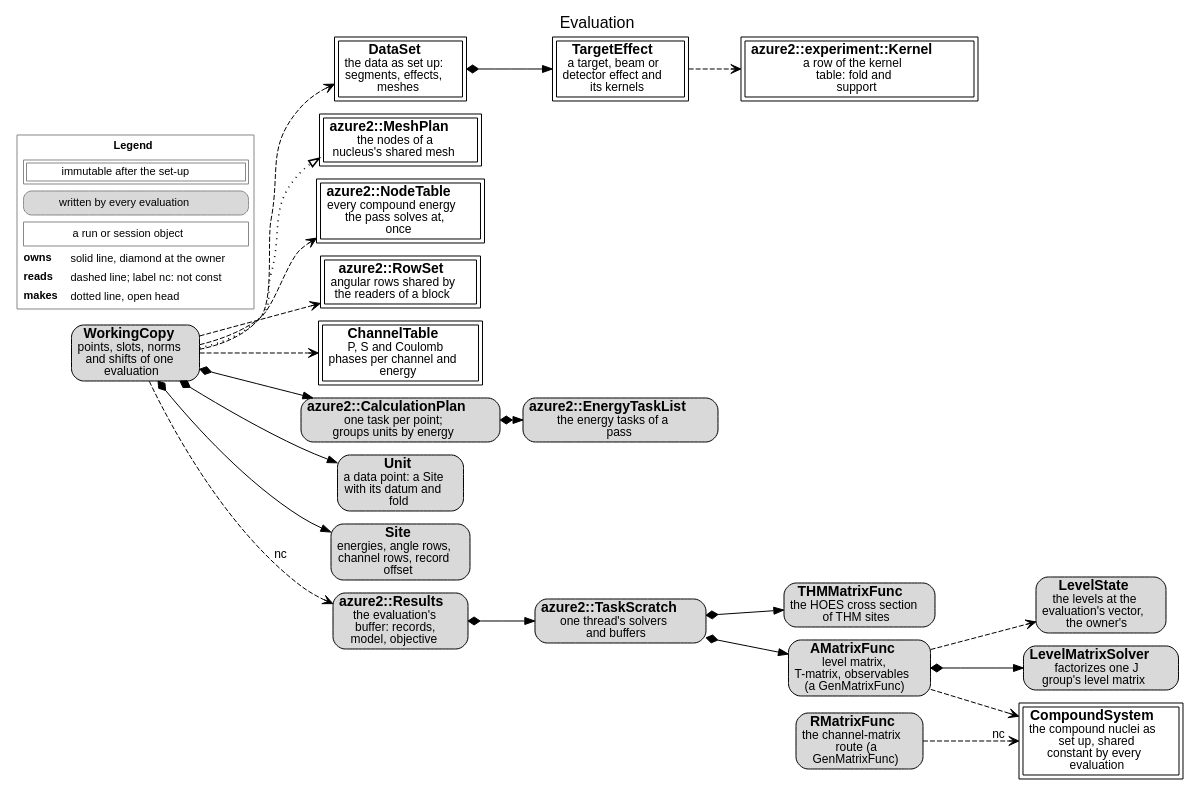
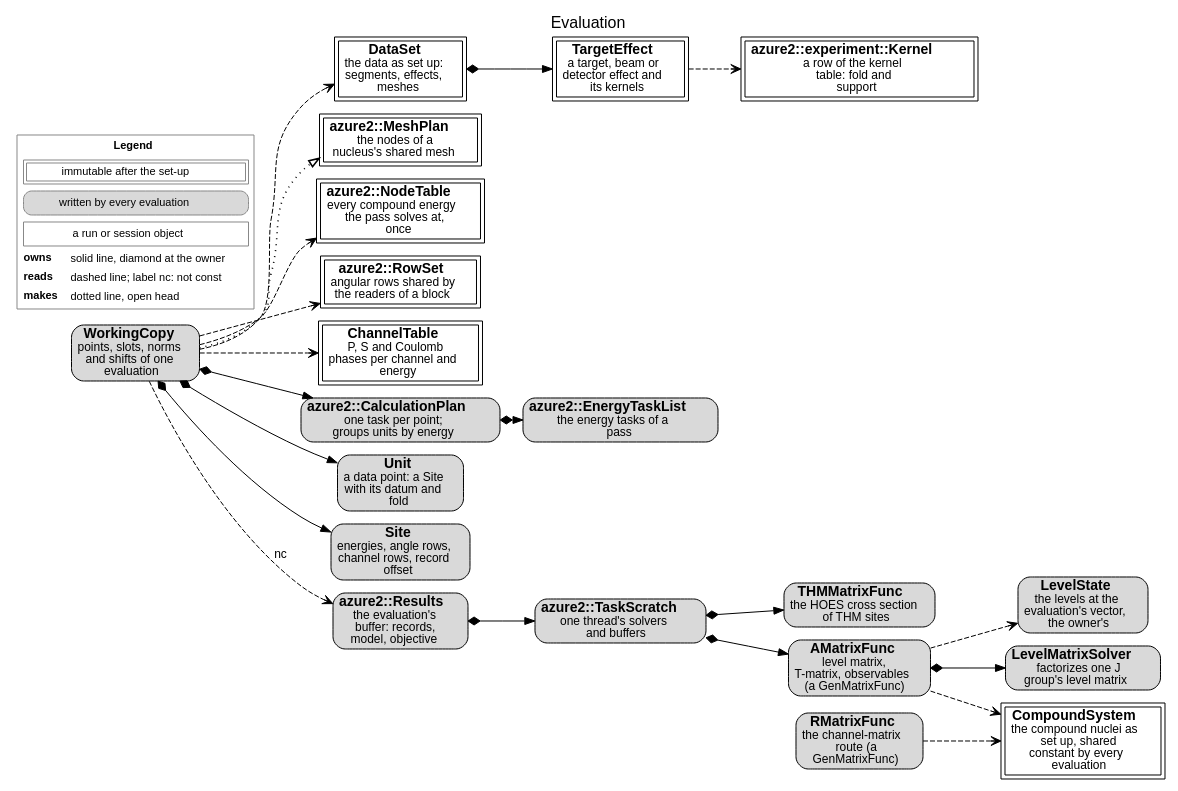
The diagram in docs/source/developer/figures/evaluation.dot (AZURE2DEV/AZURE2), drawn with Graphviz before and after one commit. The commit also changed 62 other files, not shown here.

```diff
--- a/docs/source/developer/figures/evaluation.dot
+++ b/docs/source/developer/figures/evaluation.dot
@@ -1,45 +1,45 @@
 digraph evaluation {
   graph [rankdir=LR, fontname="Helvetica", fontsize=16, labelloc=t, label="Evaluation", nodesep=0.18, ranksep=0.3, newrank=true];
   node [fontname="Helvetica", fontsize=14, margin="0.08,0.04"];
   edge [fontname="Helvetica", fontsize=12];
   n_WorkingCopy [label=<<b>WorkingCopy</b><br/><font point-size="12">points, slots, norms<br/>and shifts of one<br/>evaluation</font>>, shape=box, style="rounded,filled", fillcolor="#d9d9d9"];
   n_DataSet [label=<<b>DataSet</b><br/><font point-size="12">the data as set up:<br/>segments, effects,<br/>meshes</font>>, shape=box, peripheries=2, style="filled", fillcolor="white"];
   n_TargetEffect [label=<<b>TargetEffect</b><br/><font point-size="12">a target, beam or<br/>detector effect and<br/>its kernels</font>>, shape=box, peripheries=2, style="filled", fillcolor="white"];
   n_azure2__experiment__Kernel [label=<<b>azure2::experiment::Kernel</b><br/><font point-size="12">a row of the kernel<br/>table: fold and<br/>support</font>>, shape=box, peripheries=2, style="filled", fillcolor="white"];
   n_azure2__MeshPlan [label=<<b>azure2::MeshPlan</b><br/><font point-size="12">the nodes of a<br/>nucleus&#x27;s shared mesh</font>>, shape=box, peripheries=2, style="filled", fillcolor="white"];
   n_azure2__NodeTable [label=<<b>azure2::NodeTable</b><br/><font point-size="12">every compound energy<br/>the pass solves at,<br/>once</font>>, shape=box, peripheries=2, style="filled", fillcolor="white"];
   n_azure2__RowSet [label=<<b>azure2::RowSet</b><br/><font point-size="12">angular rows shared by<br/>the readers of a block</font>>, shape=box, peripheries=2, style="filled", fillcolor="white"];
   n_ChannelTable [label=<<b>ChannelTable</b><br/><font point-size="12">P, S and Coulomb<br/>phases per channel and<br/>energy</font>>, shape=box, peripheries=2, style="filled", fillcolor="white"];
   n_azure2__CalculationPlan [label=<<b>azure2::CalculationPlan</b><br/><font point-size="12">one task per point;<br/>groups units by energy</font>>, shape=box, style="rounded,filled", fillcolor="#d9d9d9"];
   n_azure2__EnergyTaskList [label=<<b>azure2::EnergyTaskList</b><br/><font point-size="12">the energy tasks of a<br/>pass</font>>, shape=box, style="rounded,filled", fillcolor="#d9d9d9"];
   n_Unit [label=<<b>Unit</b><br/><font point-size="12">a data point: a Site<br/>with its datum and<br/>fold</font>>, shape=box, style="rounded,filled", fillcolor="#d9d9d9"];
   n_Site [label=<<b>Site</b><br/><font point-size="12">energies, angle rows,<br/>channel rows, record<br/>offset</font>>, shape=box, style="rounded,filled", fillcolor="#d9d9d9"];
   n_azure2__Results [label=<<b>azure2::Results</b><br/><font point-size="12">the evaluation&#x27;s<br/>buffer: records,<br/>model, objective</font>>, shape=box, style="rounded,filled", fillcolor="#d9d9d9"];
   n_azure2__TaskScratch [label=<<b>azure2::TaskScratch</b><br/><font point-size="12">one thread&#x27;s solvers<br/>and buffers</font>>, shape=box, style="rounded,filled", fillcolor="#d9d9d9"];
   n_AMatrixFunc [label=<<b>AMatrixFunc</b><br/><font point-size="12">level matrix,<br/>T-matrix, observables<br/>(a GenMatrixFunc)</font>>, shape=box, style="rounded,filled", fillcolor="#d9d9d9"];
   n_THMMatrixFunc [label=<<b>THMMatrixFunc</b><br/><font point-size="12">the HOES cross section<br/>of THM sites</font>>, shape=box, style="rounded,filled", fillcolor="#d9d9d9"];
   n_RMatrixFunc [label=<<b>RMatrixFunc</b><br/><font point-size="12">the channel-matrix<br/>route (a<br/>GenMatrixFunc)</font>>, shape=box, style="rounded,filled", fillcolor="#d9d9d9"];
   n_LevelMatrixSolver [label=<<b>LevelMatrixSolver</b><br/><font point-size="12">factorizes one J<br/>group&#x27;s level matrix</font>>, shape=box, style="rounded,filled", fillcolor="#d9d9d9"];
   n_CompoundSystem [label=<<b>CompoundSystem</b><br/><font point-size="12">the compound nuclei as<br/>set up, shared<br/>constant by every<br/>evaluation</font>>, shape=box, peripheries=2, style="filled", fillcolor="white"];
   n_LevelState [label=<<b>LevelState</b><br/><font point-size="12">the levels at the<br/>evaluation&#x27;s vector,<br/>the owner&#x27;s</font>>, shape=box, style="rounded,filled", fillcolor="#d9d9d9"];
   n_WorkingCopy -> n_DataSet [style=dashed, arrowhead=vee];
   n_DataSet -> n_TargetEffect [style=solid, dir=both, arrowtail=diamond, arrowhead=normal];
   n_TargetEffect -> n_azure2__experiment__Kernel [style=dashed, arrowhead=vee];
   n_WorkingCopy -> n_azure2__MeshPlan [style=dotted, penwidth=1.6, arrowhead=empty];
   n_WorkingCopy -> n_azure2__NodeTable [style=dashed, arrowhead=vee];
   n_WorkingCopy -> n_azure2__RowSet [style=dashed, arrowhead=vee];
   n_WorkingCopy -> n_ChannelTable [style=dashed, arrowhead=vee];
   n_WorkingCopy -> n_azure2__CalculationPlan [style=solid, dir=both, arrowtail=diamond, arrowhead=normal];
   n_azure2__CalculationPlan -> n_azure2__EnergyTaskList [style=solid, dir=both, arrowtail=diamond, arrowhead=normal];
   n_WorkingCopy -> n_Unit [style=solid, dir=both, arrowtail=diamond, arrowhead=normal];
   n_WorkingCopy -> n_Site [style=solid, dir=both, arrowtail=diamond, arrowhead=normal];
   n_azure2__Results -> n_azure2__TaskScratch [style=solid, dir=both, arrowtail=diamond, arrowhead=normal];
   n_azure2__TaskScratch -> n_AMatrixFunc [style=solid, dir=both, arrowtail=diamond, arrowhead=normal];
   n_azure2__TaskScratch -> n_THMMatrixFunc [style=solid, dir=both, arrowtail=diamond, arrowhead=normal];
   n_AMatrixFunc -> n_LevelMatrixSolver [style=solid, dir=both, arrowtail=diamond, arrowhead=normal];
   n_AMatrixFunc -> n_CompoundSystem [style=dashed, arrowhead=vee];
   n_AMatrixFunc -> n_LevelState [style=dashed, arrowhead=vee];
-  n_RMatrixFunc -> n_CompoundSystem [style=dashed, arrowhead=vee, label=" nc"];
+  n_RMatrixFunc -> n_CompoundSystem [style=dashed, arrowhead=vee];
   n_WorkingCopy -> n_azure2__Results [style=dashed, arrowhead=vee, label=" nc"];
   legend [shape=plaintext, fontsize=11, label=<<TABLE BORDER="1" CELLBORDER="0" CELLSPACING="3" COLOR="#888888"><TR><TD COLSPAN="2"><B>Legend</B></TD></TR><TR><TD COLSPAN="2"><TABLE BORDER="1" CELLBORDER="1" CELLSPACING="2" CELLPADDING="2"><TR><TD>immutable after the set-up</TD></TR></TABLE></TD></TR><TR><TD COLSPAN="2"><TABLE BORDER="1" CELLBORDER="0" CELLPADDING="3" STYLE="rounded" BGCOLOR="#d9d9d9"><TR><TD>written by every evaluation</TD></TR></TABLE></TD></TR><TR><TD COLSPAN="2"><TABLE BORDER="1" CELLBORDER="0" CELLPADDING="3" ><TR><TD>a run or session object</TD></TR></TABLE></TD></TR><TR><TD ALIGN="LEFT"><B>owns</B></TD><TD ALIGN="LEFT">solid line, diamond at the owner</TD></TR><TR><TD ALIGN="LEFT"><B>reads</B></TD><TD ALIGN="LEFT">dashed line; label nc: not const</TD></TR><TR><TD ALIGN="LEFT"><B>makes</B></TD><TD ALIGN="LEFT">dotted line, open head</TD></TR></TABLE>>];
 }
```
